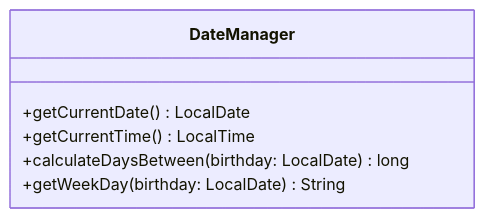
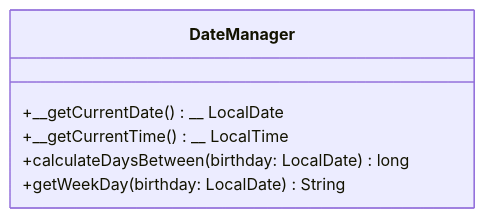
One commit to wielandjan/java_helloWorld_1 changed the first of 5 diagrams in scr/exercises/Programmieren1/SampleExam/ReadMe.md. Above: the diagram before and after it, drawn with Mermaid. The commit also changed other lines of this file and 2 other files, not shown here.

Commit message:
modified:   scr/exercises/Programmieren1/SampleExam/DateManager.java 	new file:   scr/exercises/Programmieren1/SampleExam/ExamTask01.java 	modified:   scr/exercises/Programmieren1/SampleExam/ReadMe.md

````diff
--- a/scr/exercises/Programmieren1/SampleExam/ReadMe.md
+++ b/scr/exercises/Programmieren1/SampleExam/ReadMe.md
@@ -29,9 +29,9 @@
 ```mermaid
 classDiagram
     class DateManager {
-        +getCurrentDate() LocalDate
-        +getCurrentTime() LocalTime
+        +__getCurrentDate()__ LocalDate
+        +__getCurrentTime()__ LocalTime
         +calculateDaysBetween(birthday: LocalDate) long
         +getWeekDay(birthday: LocalDate) String
     }
 ```
````
